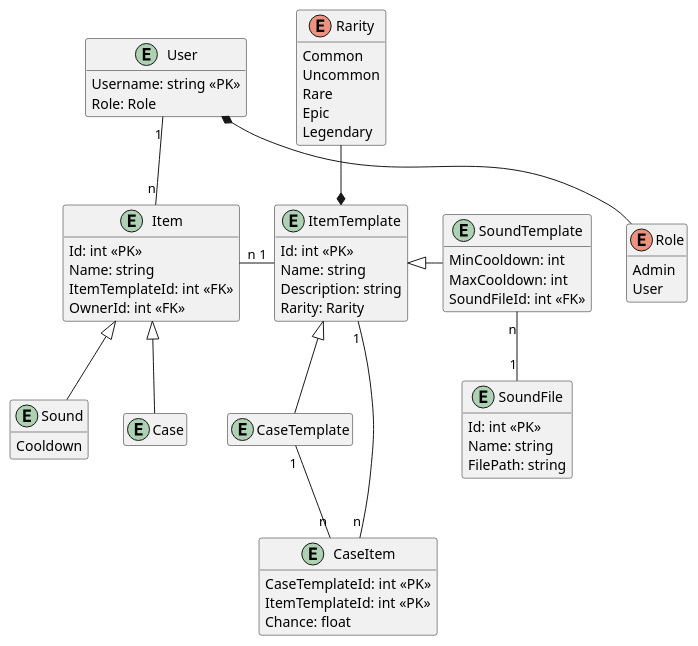
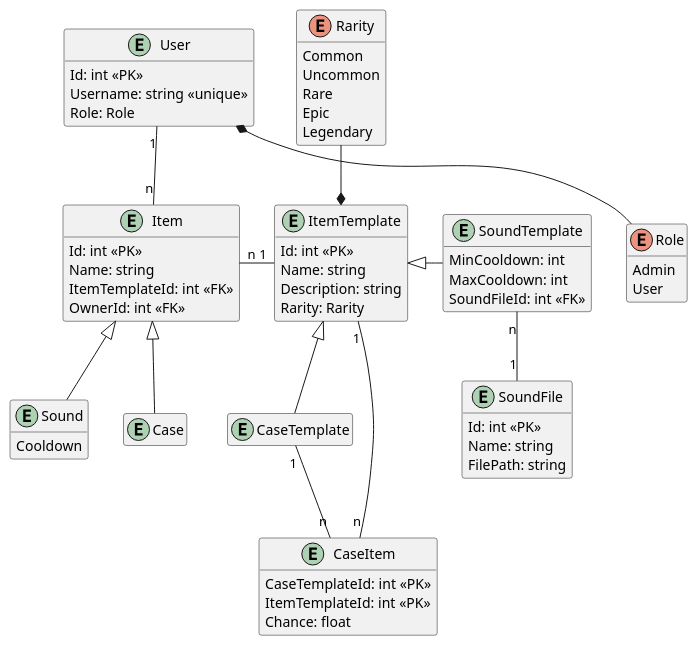
Before and after one commit to paul-schein/SoundCaseOpener: the diagram in docs/erd.adoc, drawn with PlantUML.

```diff
--- a/docs/erd.adoc
+++ b/docs/erd.adoc
@@ -5,7 +5,8 @@
 hide empty fields
 
 entity User {
-    Username: string <<PK>>
+    Id: int <<PK>>
+    Username: string <<unique>>
     Role: Role
 }
 
```
